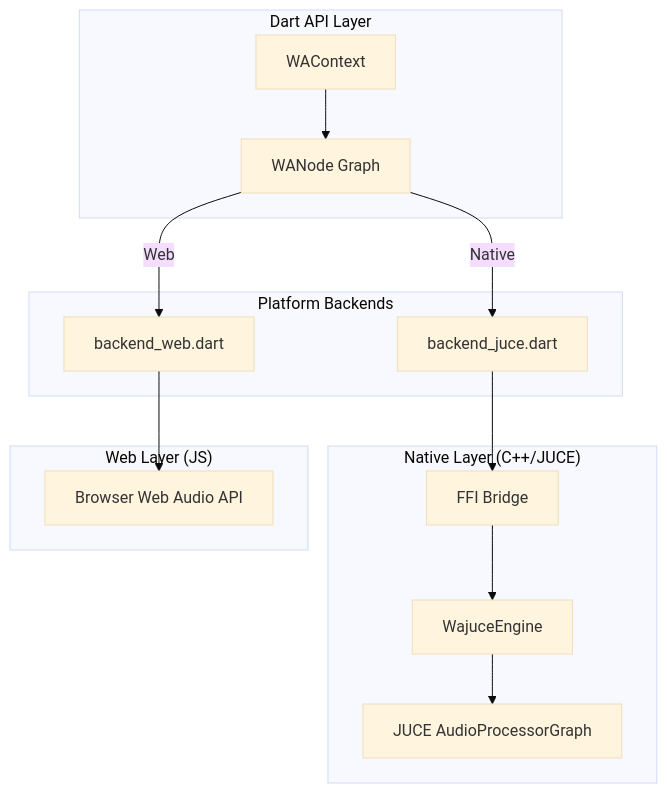
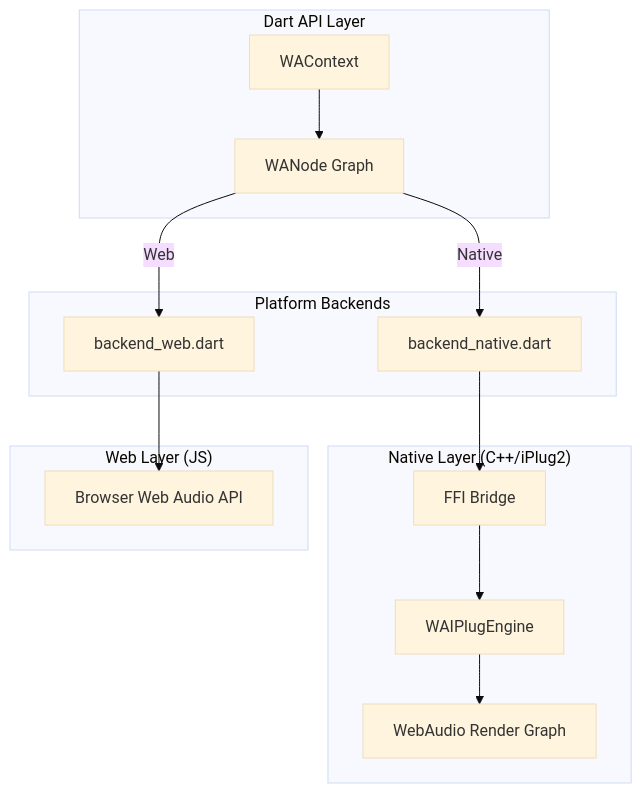
The diagram in README.md (acidsound/wajuce), drawn with Mermaid (base theme) before and after one commit. The commit also changed other lines of this file and 80 other files, not shown here.

First line of the commit message:
feat: migrate native runtime to iPlug2

````diff
--- a/README.md
+++ b/README.md
@@ -132,21 +132,21 @@
 ```mermaid
 graph TD
     subgraph "Dart API Layer"
         A[WAContext] --> B[WANode Graph]
     end
 
     subgraph "Platform Backends"
-        B -->|Native| C[backend_juce.dart]
+        B -->|Native| C[backend_native.dart]
         B -->|Web| D[backend_web.dart]
     end
 
-    subgraph "Native Layer (C++/JUCE)"
+    subgraph "Native Layer (C++/iPlug2)"
         C --> E[FFI Bridge]
-        E --> F[WajuceEngine]
-        F --> G[JUCE AudioProcessorGraph]
+        E --> F[WAIPlugEngine]
+        F --> G[WebAudio Render Graph]
     end
 
     subgraph "Web Layer (JS)"
         D --> H[Browser Web Audio API]
     end
 ```
````
